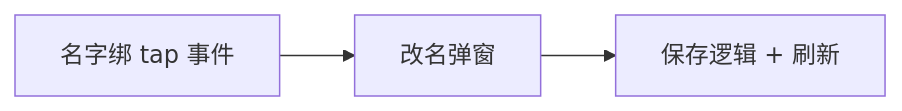
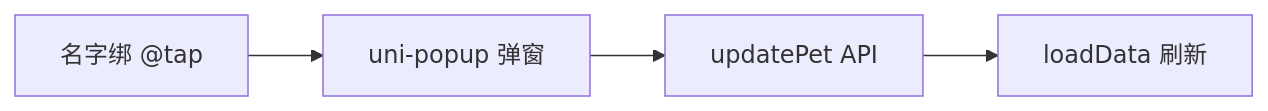
Before and after one commit to kiripeng214/all-workspace: the diagram in pet-applet/doc/plan/quick-rename.md, drawn with Mermaid. The commit also changed other lines of this file and 2 other files, not shown here.

````diff
--- a/pet-applet/doc/plan/quick-rename.md
+++ b/pet-applet/doc/plan/quick-rename.md
@@ -24,5 +24,6 @@
 ```mermaid
 graph LR
-  A[名字绑 tap 事件] --> B[改名弹窗]
-  B --> C[保存逻辑 + 刷新]
+  A[名字绑 @tap] --> B[uni-popup 弹窗]
+  B --> C[updatePet API]
+  C --> D[loadData 刷新]
 ```
````
